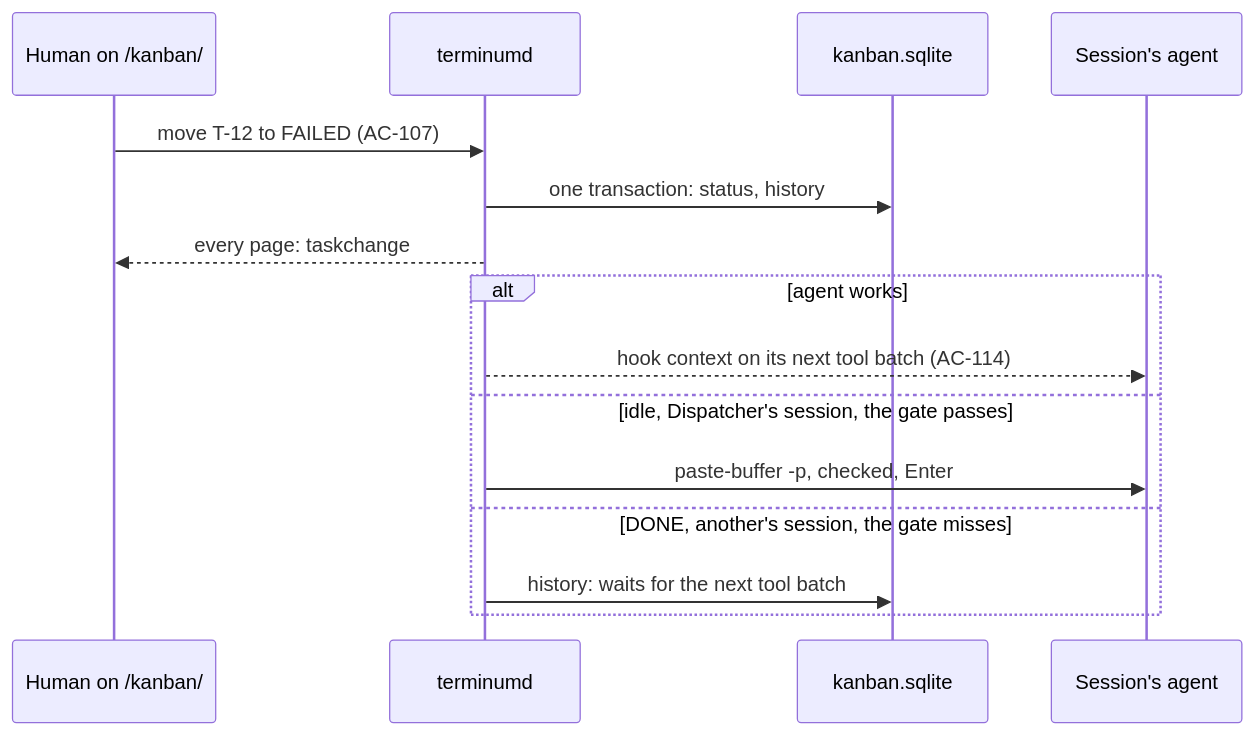
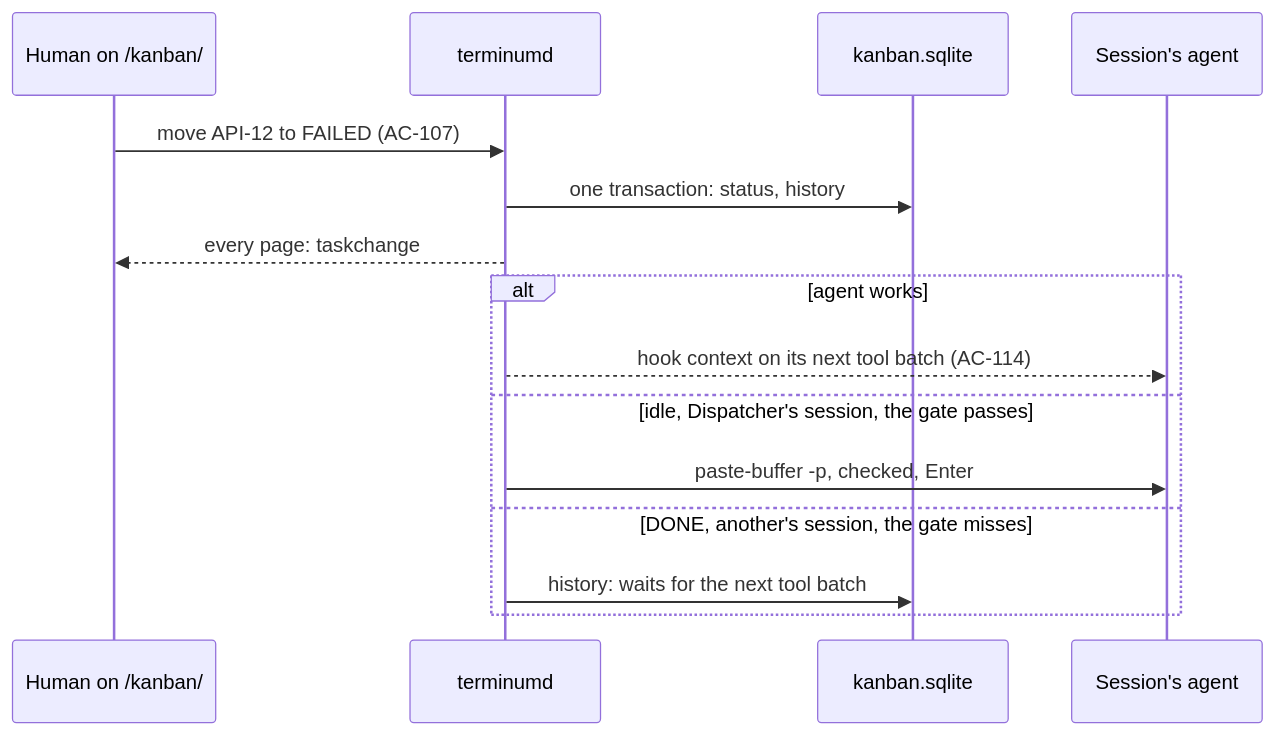
The first of 2 diagrams in docs/specs/terminum-kanban.md (Mystic-Mirage/terminum), drawn with Mermaid before and after one commit. The commit also changed other lines of this file and 11 other files, not shown here.

````diff
--- a/docs/specs/terminum-kanban.md
+++ b/docs/specs/terminum-kanban.md
@@ -756,17 +887,17 @@
 ```mermaid
 sequenceDiagram
   participant H as Human on /kanban/
   participant T as terminumd
   participant DB as kanban.sqlite
   participant S as Session's agent
-  H->>T: move T-12 to FAILED (AC-107)
+  H->>T: move API-12 to FAILED (AC-107)
   T->>DB: one transaction: status, history
   T-->>H: every page: taskchange
   alt agent works
     T-->>S: hook context on its next tool batch (AC-114)
   else idle, Dispatcher's session, the gate passes
     T->>S: paste-buffer -p, checked, Enter
   else DONE, another's session, the gate misses
     T->>DB: history: waits for the next tool batch
   end
 ```
````
